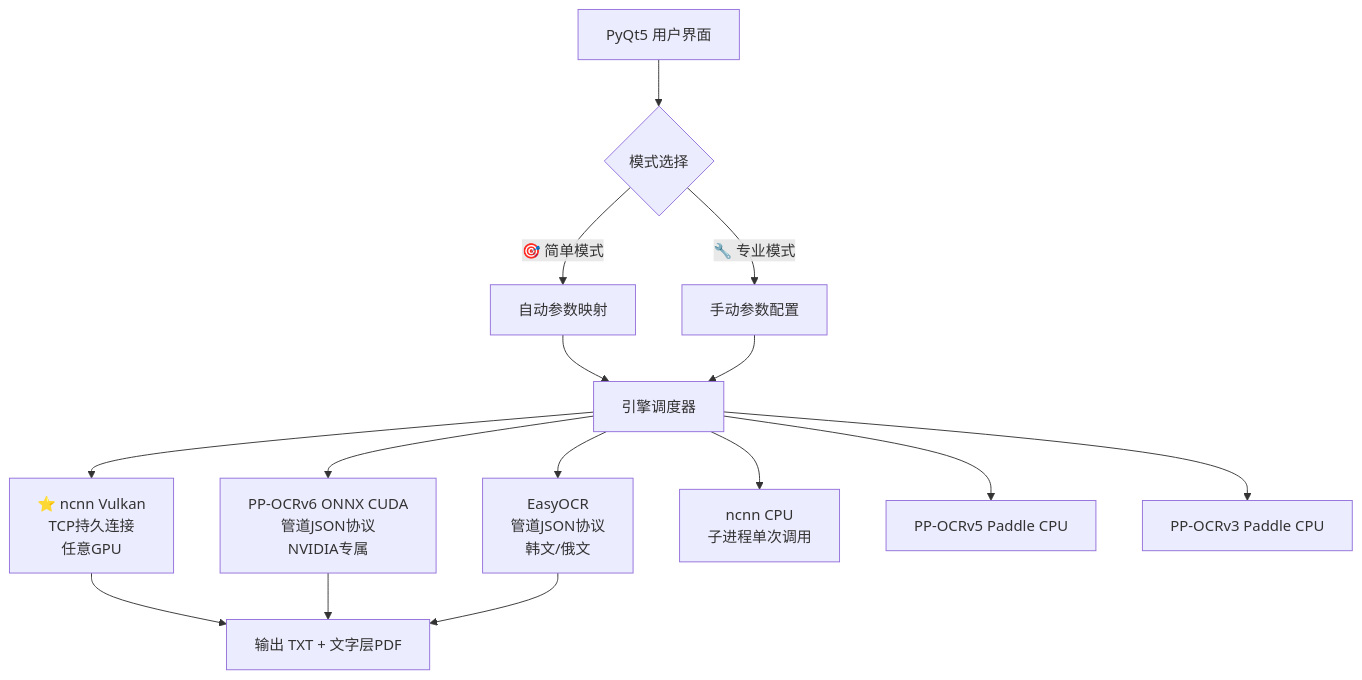
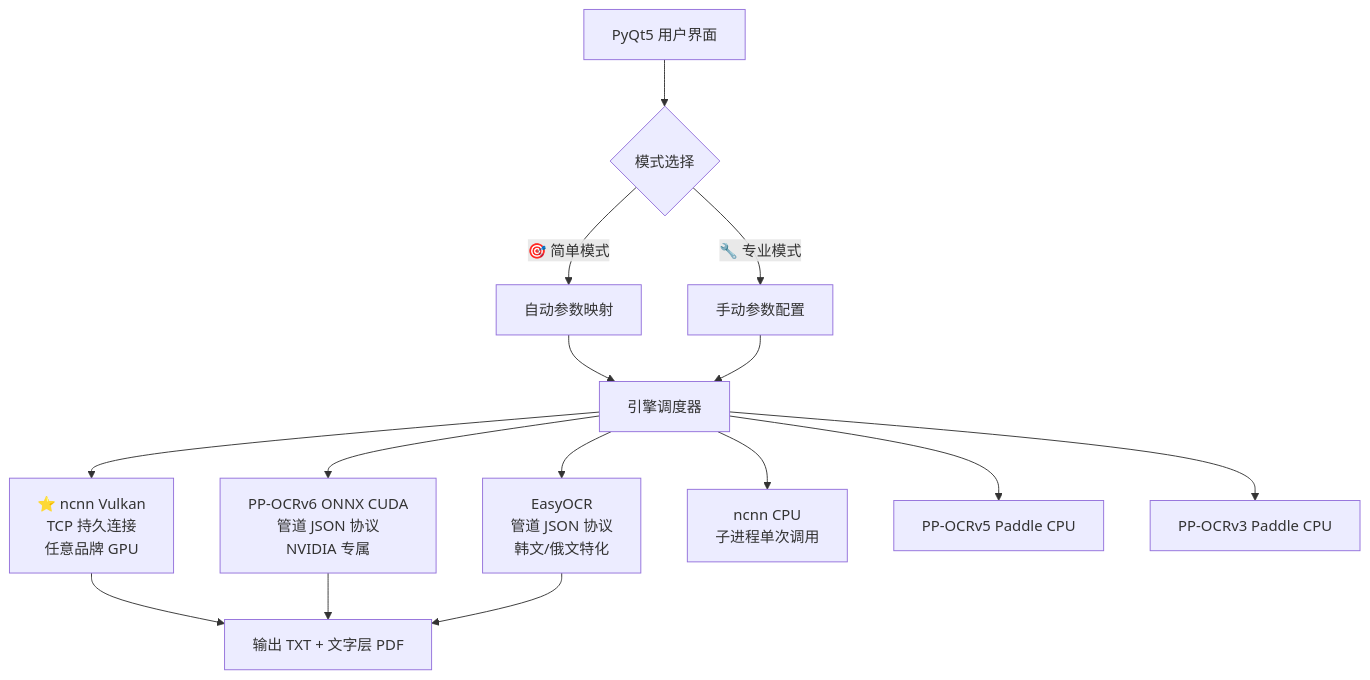
One commit to zzhjim02/CathayOCR changed the diagram in README.md. Above: the diagram before and after it, drawn with Mermaid. The commit also changed other lines of this file, not shown here.

````diff
--- a/README.md
+++ b/README.md
@@ -150,19 +211,19 @@
 ```mermaid
 graph TD
     UI[PyQt5 用户界面] --> SM{模式选择}
     SM -->|🎯 简单模式| Auto[自动参数映射]
     SM -->|🔧 专业模式| Manual[手动参数配置]
     Auto --> Engine[引擎调度器]
     Manual --> Engine
     
-    Engine --> NCNN[⭐ ncnn Vulkan<br/>TCP持久连接<br/>任意GPU]
-    Engine --> ONNX[PP-OCRv6 ONNX CUDA<br/>管道JSON协议<br/>NVIDIA专属]
-    Engine --> EOCR[EasyOCR<br/>管道JSON协议<br/>韩文/俄文]
+    Engine --> NCNN[⭐ ncnn Vulkan<br/>TCP 持久连接<br/>任意品牌 GPU]
+    Engine --> ONNX[PP-OCRv6 ONNX CUDA<br/>管道 JSON 协议<br/>NVIDIA 专属]
+    Engine --> EOCR[EasyOCR<br/>管道 JSON 协议<br/>韩文/俄文特化]
     Engine --> CPU[ncnn CPU<br/>子进程单次调用]
     Engine --> V5[PP-OCRv5 Paddle CPU]
     Engine --> V3[PP-OCRv3 Paddle CPU]
     
-    NCNN --> Out[输出 TXT + 文字层PDF]
+    NCNN --> Out[输出 TXT + 文字层 PDF]
     ONNX --> Out
     EOCR --> Out
 ```
````
